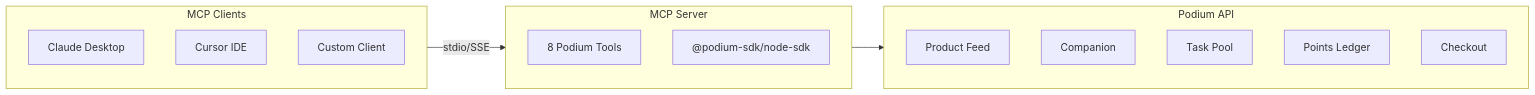
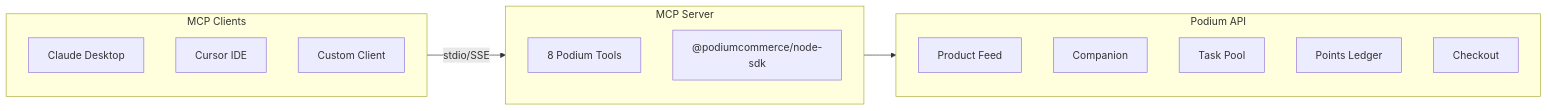
Before and after one commit to kiki-world-01/Docs: the diagram in recipes/mcp-server.mdx, drawn with Mermaid. The commit also changed other lines of this file and 37 other files, not shown here.

First line of the commit message:
Fix SDK package name across all docs: @podium-sdk → @podiumcommerce

````diff
--- a/recipes/mcp-server.mdx
+++ b/recipes/mcp-server.mdx
@@ -10,24 +10,24 @@
 ```mermaid
 graph LR
     subgraph mcp ["MCP Server"]
         Tools["8 Podium Tools"]
-        SDK["@podium-sdk/node-sdk"]
+        SDK["@podiumcommerce/node-sdk"]
     end
 
     subgraph clients ["MCP Clients"]
         Claude["Claude Desktop"]
         Cursor["Cursor IDE"]
         Custom["Custom Client"]
     end
 
     subgraph podium ["Podium API"]
         Feed["Product Feed"]
         Companion["Companion"]
         Tasks["Task Pool"]
         Points["Points Ledger"]
         Checkout["Checkout"]
     end
 
     clients -->|stdio/SSE| mcp
     mcp --> podium
 ```
````
